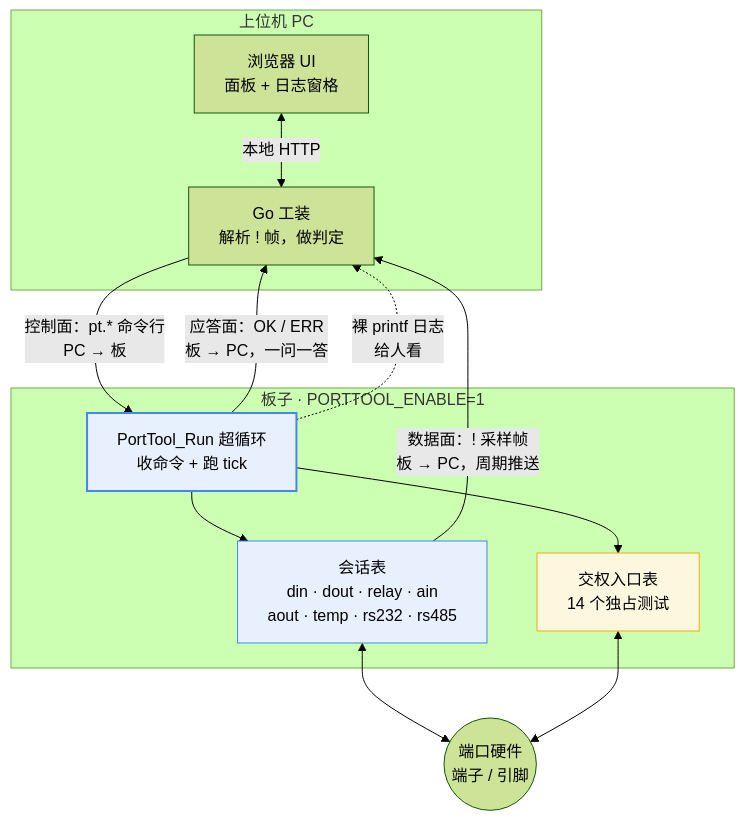
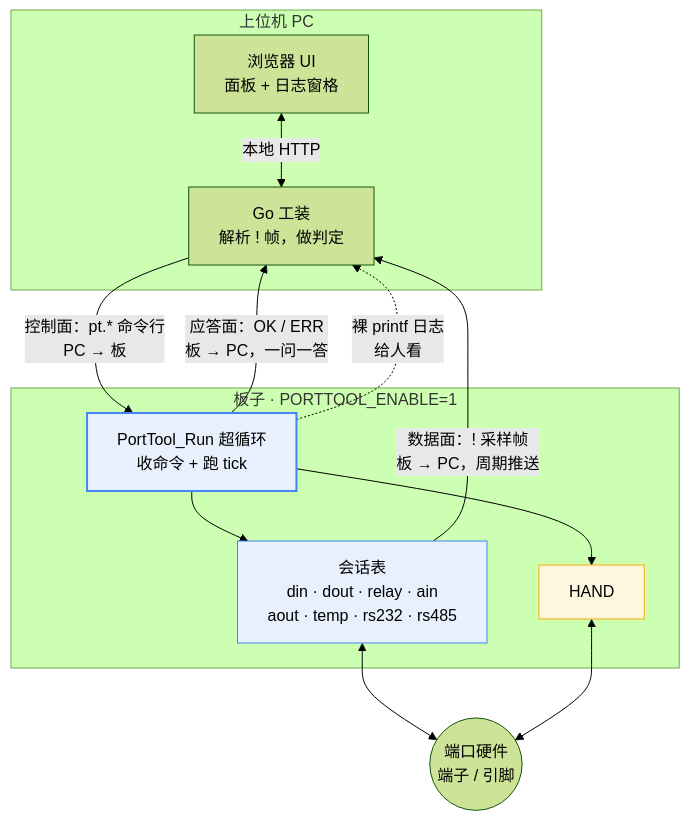
The first of 8 diagrams in docs/design/PORTTOOL-FLOW.md (haliboteda/open_plc_cube_ide), drawn with Mermaid (forest theme) before and after one commit. The commit also changed other lines of this file and 6 other files, not shown here.

````diff
--- a/docs/design/PORTTOOL-FLOW.md
+++ b/docs/design/PORTTOOL-FLOW.md
@@ -22,30 +22,29 @@
 ```mermaid
 flowchart TB
     subgraph PC["上位机 PC"]
         UI["浏览器 UI<br/>面板 + 日志窗格"]
         GO["Go 工装<br/>解析 ! 帧，做判定"]
         UI <-->|"本地 HTTP"| GO
     end
 
     subgraph BOARD["板子 · PORTTOOL_ENABLE=1"]
         LOOP["PortTool_Run 超循环<br/>收命令 + 跑 tick"]
         SESS["会话表<br/>din · dout · relay · ain<br/>aout · temp · rs232 · rs485"]
-        HAND["交权入口表<br/>14 个独占测试"]
         LOOP --> SESS
         LOOP --> HAND
     end
 
     HW(("端口硬件<br/>端子 / 引脚"))
 
     GO -->|"控制面：pt.* 命令行<br/>PC → 板"| LOOP
     LOOP -->|"应答面：OK / ERR<br/>板 → PC，一问一答"| GO
     SESS -->|"数据面：! 采样帧<br/>板 → PC，周期推送"| GO
     LOOP -.->|"裸 printf 日志<br/>给人看"| GO
 
     SESS <--> HW
     HAND <--> HW
 
     style LOOP fill:#e8f0fe,stroke:#4285f4,stroke-width:2px
     style SESS fill:#e8f0fe,stroke:#4285f4
     style HAND fill:#fef7e0,stroke:#f9ab00
 ```
````
